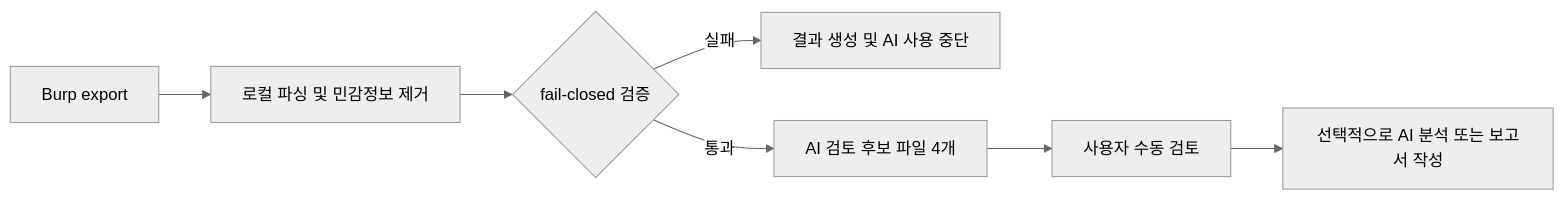
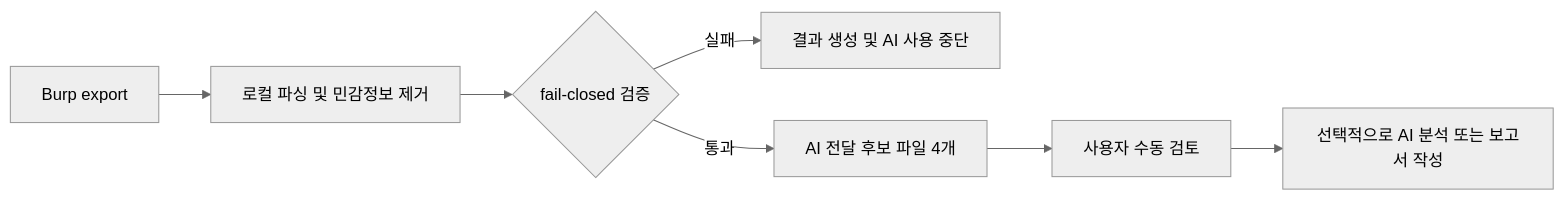
Before and after one commit to ryuyunseong/burp-ai-redaction-gateway: the diagram in README.md, drawn with Mermaid (neutral theme). The commit also changed other lines of this file and 1 other file, not shown here.

Commit message:
docs(portfolio): 릴리스와 AI 전달 용어 정합성 보완

````diff
--- a/README.md
+++ b/README.md
@@ -39,9 +39,9 @@
 ```mermaid
 flowchart LR
     A["Burp export"] --> B["로컬 파싱 및 민감정보 제거"]
     B --> C{"fail-closed 검증"}
     C -->|실패| D["결과 생성 및 AI 사용 중단"]
-    C -->|통과| E["AI 검토 후보 파일 4개"]
+    C -->|통과| E["AI 전달 후보 파일 4개"]
     E --> F["사용자 수동 검토"]
     F --> G["선택적으로 AI 분석 또는 보고서 작성"]
 ```
````
